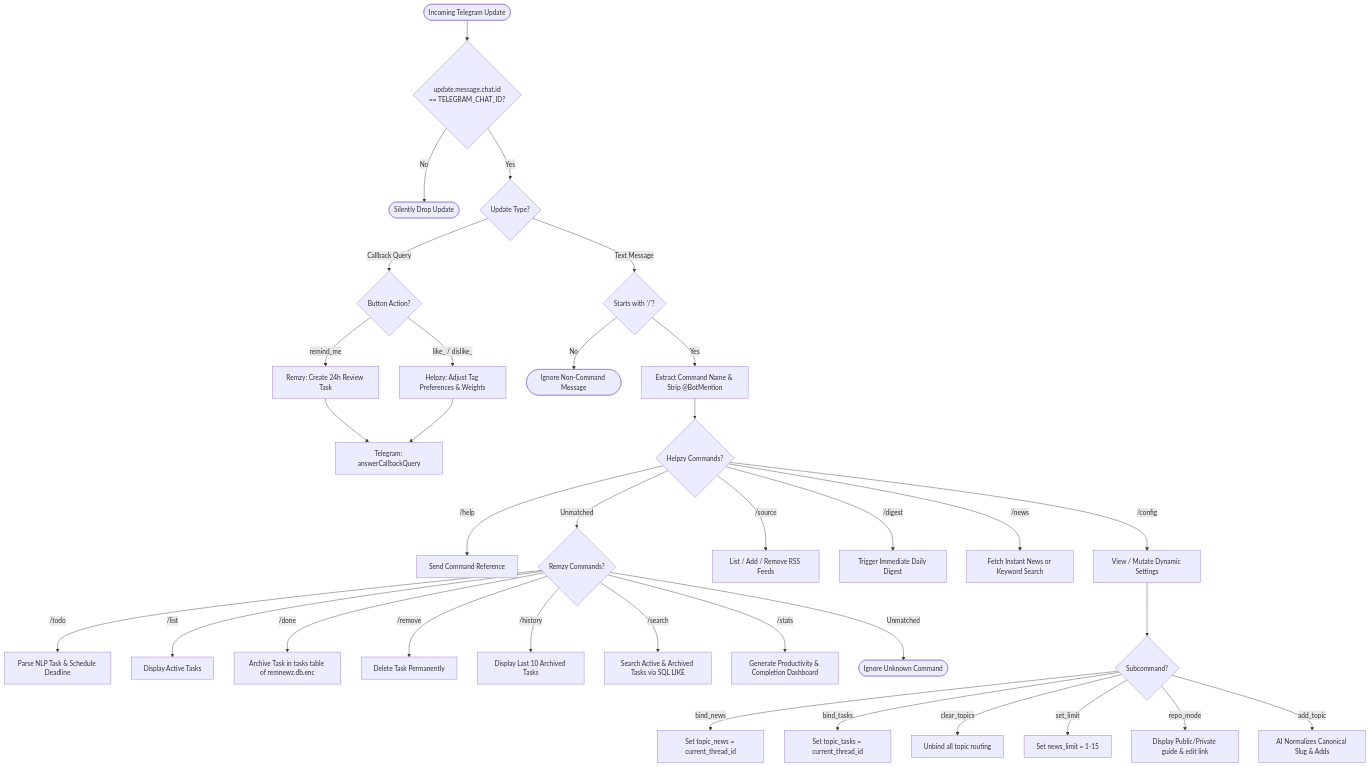
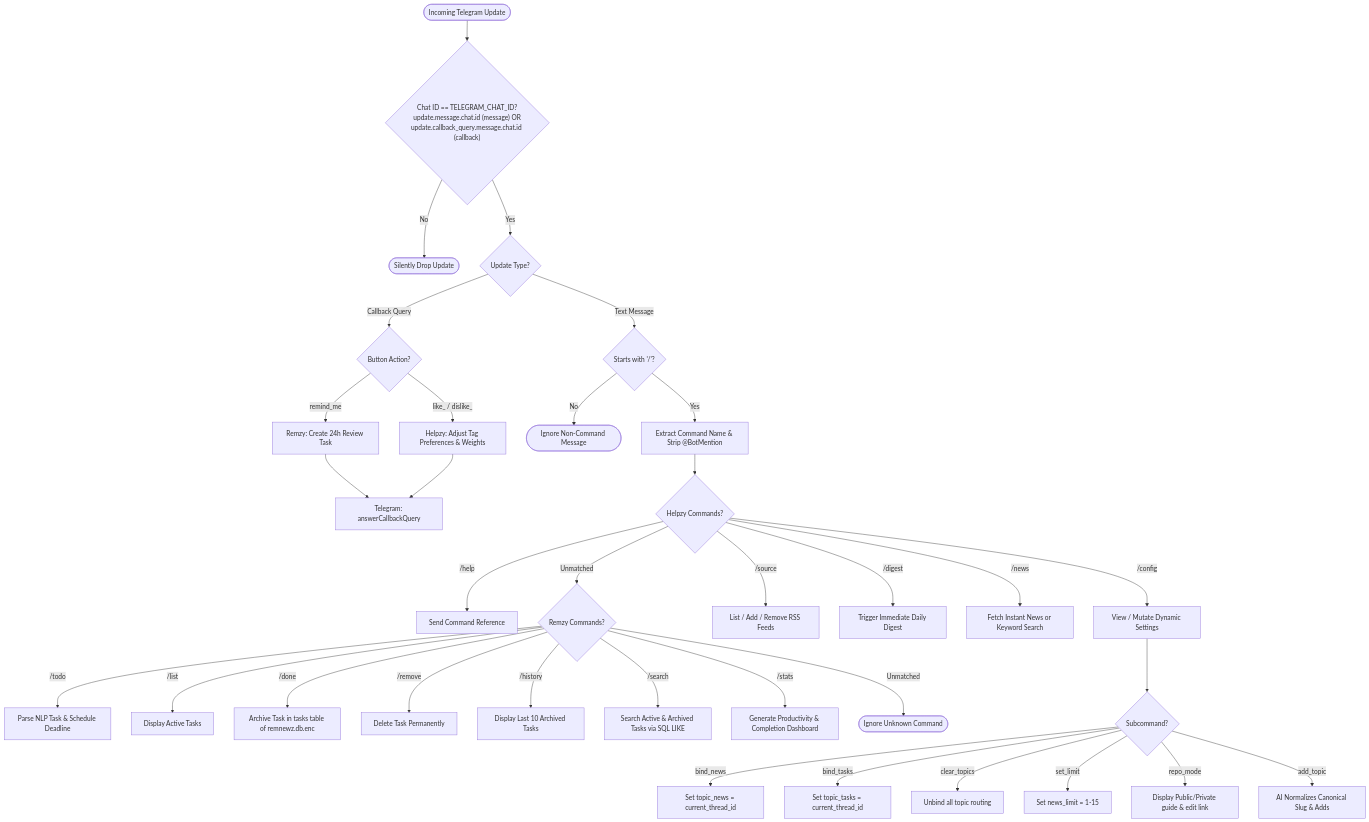
Before and after one commit to joydeepd900/RemNewz: the fifth of 7 diagrams in docs/structures.md, drawn with Mermaid. The commit also changed 5 other files, not shown here.

Commit message:
fix(review): address allowlist gate, tz awareness, stats progress label, and roadmap storage contract

````diff
--- a/docs/structures.md
+++ b/docs/structures.md
@@ -267,42 +267,42 @@
 ```mermaid
 flowchart TD
-    START([Incoming Telegram Update]) --> AUTH{update.message.chat.id<br/>== TELEGRAM_CHAT_ID?}
+    START([Incoming Telegram Update]) --> AUTH{"Chat ID == TELEGRAM_CHAT_ID?<br/>update.message.chat.id (message) OR<br/>update.callback_query.message.chat.id (callback)"}
     AUTH -- No --> DROP([Silently Drop Update])
     AUTH -- Yes --> MSG_TYPE{Update Type?}
 
     MSG_TYPE -- Callback Query --> CB_ROUTER{Button Action?}
     CB_ROUTER -- remind_me --> CB_REMIND[Remzy: Create 24h Review Task]
     CB_ROUTER -- like_ / dislike_ --> CB_FEEDBACK[Helpzy: Adjust Tag Preferences & Weights]
     CB_REMIND --> ANS_CB[Telegram: answerCallbackQuery]
     CB_FEEDBACK --> ANS_CB
 
     MSG_TYPE -- Text Message --> CMD_CHECK{Starts with '/'?}
     CMD_CHECK -- No --> IGNORE([Ignore Non-Command Message])
     CMD_CHECK -- Yes --> NORMALIZE[Extract Command Name & Strip @BotMention]
 
     NORMALIZE --> SCOPE_HELPZY{Helpzy Commands?}
     SCOPE_HELPZY -- "/help" --> H_HELP[Send Command Reference]
     SCOPE_HELPZY -- "/config" --> H_CONFIG[View / Mutate Dynamic Settings]
     SCOPE_HELPZY -- "/source" --> H_SOURCE[List / Add / Remove RSS Feeds]
     SCOPE_HELPZY -- "/digest" --> H_DIGEST[Trigger Immediate Daily Digest]
     SCOPE_HELPZY -- "/news" --> H_NEWS[Fetch Instant News or Keyword Search]
 
     SCOPE_HELPZY -- Unmatched --> SCOPE_REMZY{Remzy Commands?}
     SCOPE_REMZY -- "/todo" --> R_TODO[Parse NLP Task & Schedule Deadline]
     SCOPE_REMZY -- "/list" --> R_LIST[Display Active Tasks]
     SCOPE_REMZY -- "/done" --> R_DONE[Archive Task in tasks table of remnewz.db.enc]
     SCOPE_REMZY -- "/remove" --> R_REMOVE[Delete Task Permanently]
     SCOPE_REMZY -- "/history" --> R_HIST[Display Last 10 Archived Tasks]
     SCOPE_REMZY -- "/search" --> R_SEARCH[Search Active & Archived Tasks via SQL LIKE]
     SCOPE_REMZY -- "/stats" --> R_STATS[Generate Productivity & Completion Dashboard]
 
     SCOPE_REMZY -- Unmatched --> UNKNOWN([Ignore Unknown Command])
 
     H_CONFIG --> TOPIC_ROUTING{Subcommand?}
     TOPIC_ROUTING -- "bind_news" --> BIND_N[Set topic_news = current_thread_id]
     TOPIC_ROUTING -- "bind_tasks" --> BIND_T[Set topic_tasks = current_thread_id]
     TOPIC_ROUTING -- "clear_topics" --> CLEAR_T[Unbind all topic routing]
     TOPIC_ROUTING -- "set_limit" --> LIMIT[Set news_limit = 1-15]
     TOPIC_ROUTING -- "repo_mode" --> REPO_M[Display Public/Private guide & edit link]
     TOPIC_ROUTING -- "add_topic" --> ADD_T[AI Normalizes Canonical Slug & Adds]
 ```
````
